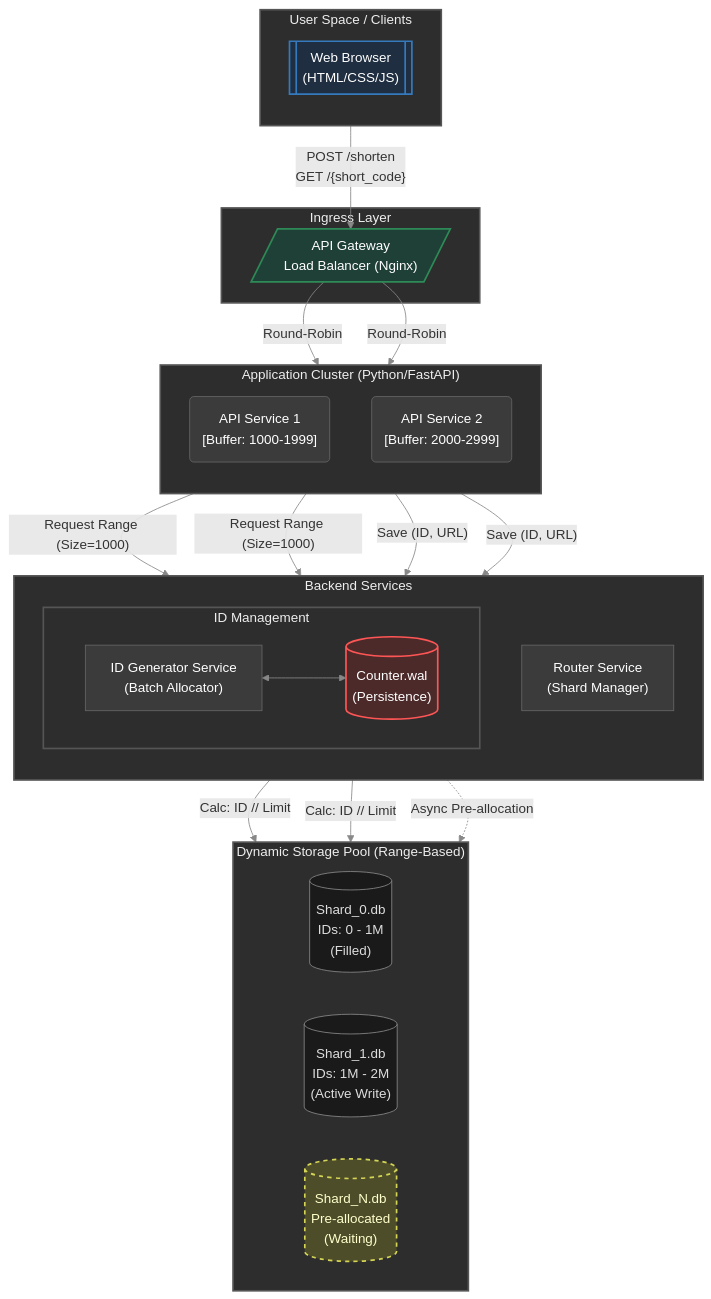
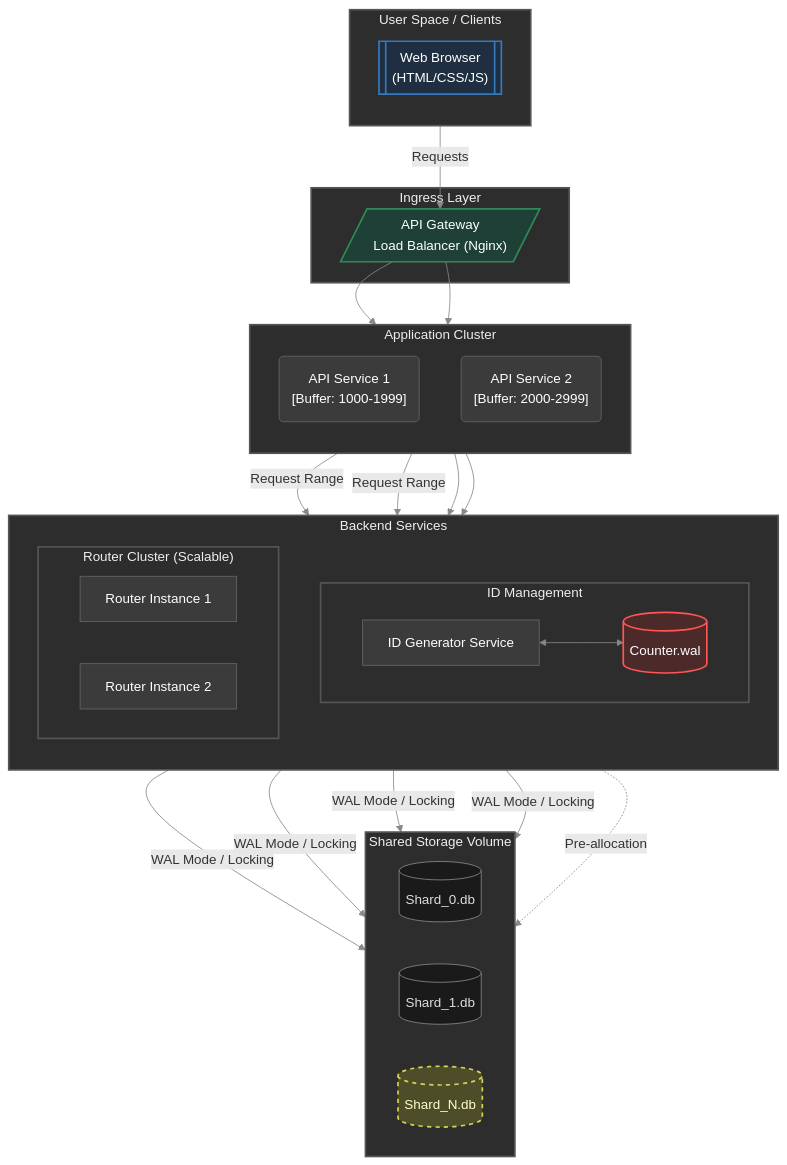
The first of 5 diagrams in docs/tr.md (spbu-ds-practicum-2025/speedrunners), drawn with Mermaid before and after one commit. The commit also changed other lines of this file, not shown here.

````diff
--- a/docs/tr.md
+++ b/docs/tr.md
@@ -115,74 +116,75 @@
 ```mermaid
 graph TD
     %% --- СТИЛИЗАЦИЯ (DARK THEME - СОХРАНЕНА) ---
     classDef darkContainer fill:#2d2d2d,stroke:#555555,stroke-width:2px,color:#eeeeee;
     classDef component fill:#3b3b3b,stroke:#666666,stroke-width:1px,color:#ffffff;
     classDef database fill:#1a1a1a,stroke:#888888,stroke-width:1px,color:#dddddd;
     classDef newShard fill:#4d4d2a,stroke:#d4d455,stroke-width:2px,stroke-dasharray: 5 5,color:#ffffcc;
     classDef gateway fill:#1f4037,stroke:#2e8b57,stroke-width:2px,color:#ffffff;
     classDef client fill:#1f2e40,stroke:#357abd,stroke-width:2px,color:#ffffff;
     classDef state fill:#4d2a2a,stroke:#ff5555,stroke-width:2px,color:#ffffff;
     
     linkStyle default stroke:#888888,stroke-width:1px
 
     %% --- СЛОЙ КЛИЕНТОВ ---
     subgraph Clients ["User Space / Clients"]
         direction TB
         Browser[["Web Browser<br/>(HTML/CSS/JS)"]]:::client
     end
 
     %% --- СЛОЙ ВХОДА ---
     subgraph Ingress ["Ingress Layer"]
         Nginx[/"API Gateway<br/>Load Balancer (Nginx)"/]:::gateway
     end
 
-    %% --- СЛОЙ ПРИЛОЖЕНИЯ (С БУФЕРАМИ) ---
-    subgraph AppCluster ["Application Cluster (Python/FastAPI)"]
+    %% --- СЛОЙ ПРИЛОЖЕНИЯ ---
+    subgraph AppCluster ["Application Cluster"]
         direction TB
-        
-        %% ВАЖНО: Кавычки спасают от ошибки парсинга скобок []
         API_1("API Service 1<br/>[Buffer: 1000-1999]"):::component
         API_2("API Service 2<br/>[Buffer: 2000-2999]"):::component
     end
 
     %% --- СЛОЙ БЭКЕНД СЕРВИСОВ ---
     subgraph BackendServices ["Backend Services"]
         direction TB
         
         subgraph ID_Logic ["ID Management"]
             direction LR
-            ID_Server["ID Generator Service<br/>(Batch Allocator)"]:::component
-            ID_State[("Counter.wal<br/>(Persistence)")]:::state
+            ID_Server["ID Generator Service"]:::component
+            ID_State[("Counter.wal")]:::state
         end
 
-        Router_Server["Router Service<br/>(Shard Manager)"]:::component
+        subgraph Router_Cluster ["Router Cluster (Scalable)"]
+            direction LR
+            R1["Router Instance 1"]:::component
+            R2["Router Instance 2"]:::component
+        end
     end
 
-    %% --- СЛОЙ ХРАНЕНИЯ (DYNAMIC SHARDING) ---
-    subgraph DataLayer ["Dynamic Storage Pool (Range-Based)"]
+    %% --- СЛОЙ ХРАНЕНИЯ ---
+    subgraph DataLayer ["Shared Storage Volume"]
         direction LR
-        
-        S0[("Shard_0.db<br/>IDs: 0 - 1M<br/>(Filled)")]:::database
-        S1[("Shard_1.db<br/>IDs: 1M - 2M<br/>(Active Write)")]:::database
-        SN[("Shard_N.db<br/>Pre-allocated<br/>(Waiting)")]:::newShard
+        S0[("Shard_0.db")]:::database
+        S1[("Shard_1.db")]:::database
+        SN[("Shard_N.db")]:::newShard
     end
 
     %% --- СВЯЗИ ---
-    Browser == "POST /shorten<br/>GET /{short_code}" ==> Nginx
-    Nginx -- "Round-Robin" --> API_1 & API_2
+    Browser == "Requests" ==> Nginx
+    Nginx --> API_1 & API_2
 
-    %% Логика Батчей (Range Request)
-    API_1 & API_2 -- "Request Range (Size=1000)" --> ID_Server
+    %% Логика Батчей
+    API_1 & API_2 -- "Request Range" --> ID_Server
     ID_Server <--> ID_State
 
     %% Логика Сохранения
-    API_1 & API_2 -- "Save (ID, URL)" --> Router_Server
+    API_1 --> R1
+    API_2 --> R2
 
-    %% Логика Роутера
-    Router_Server -- "Calc: ID // Limit" --> S0 & S1
-    Router_Server -.->|Async Pre-allocation| SN
+    %% Логика Роутера (Конкурентный доступ)
+    R1 & R2 -- "WAL Mode / Locking" --> S0 & S1
+    R1 -.->|Pre-allocation| SN
 
-    %% Стилизация блоков
     class Clients,Ingress,AppCluster,BackendServices,DataLayer darkContainer
-    class ID_Logic darkContainer
+    class ID_Logic,Router_Cluster darkContainer
 ```
````
